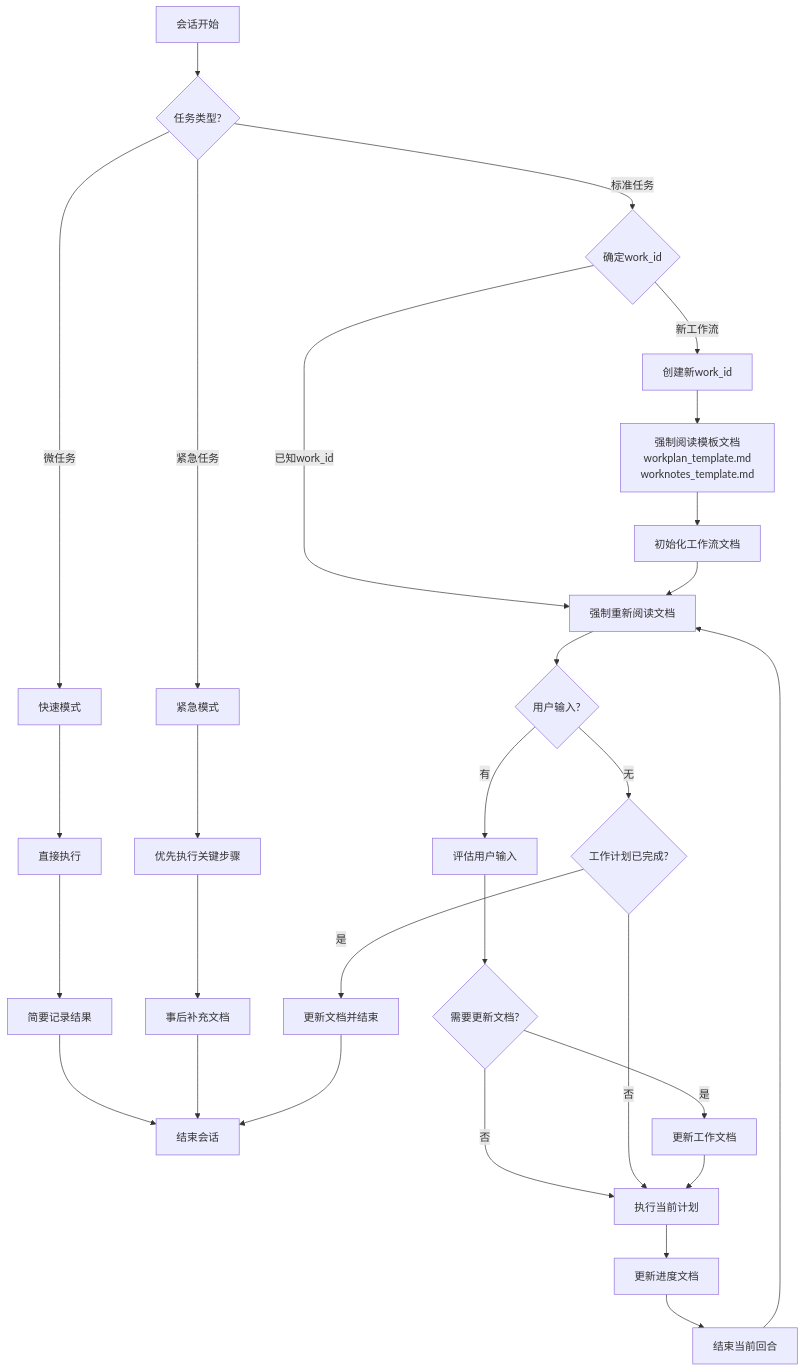
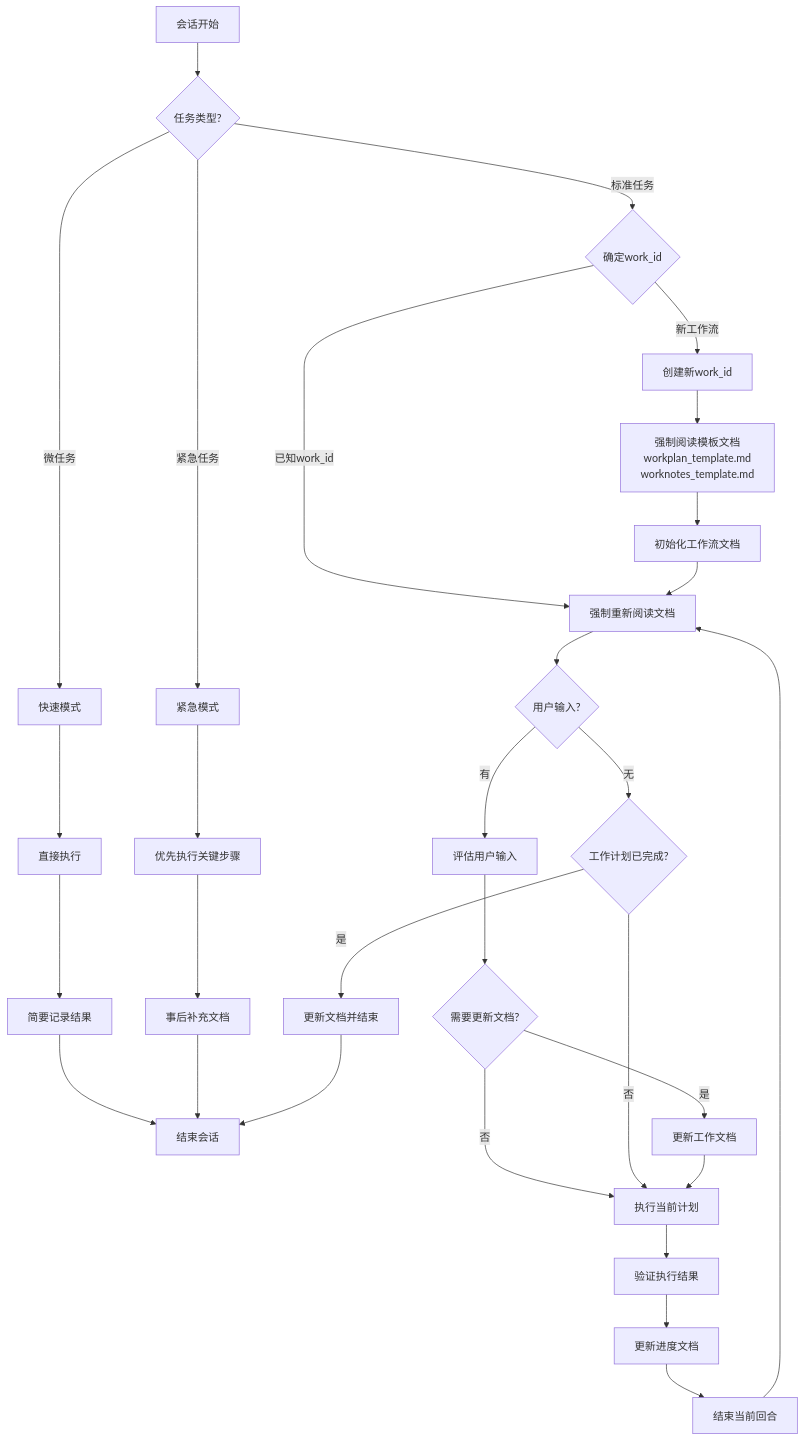
Before and after one commit to wanjochan/self-evolve-ai: the diagram in docs/workflow.md, drawn with Mermaid. The commit also changed other lines of this file and 311 other files, not shown here.

````diff
--- a/docs/workflow.md
+++ b/docs/workflow.md
@@ -7,39 +7,40 @@
 ```mermaid
 flowchart TD
     Start[会话开始] --> TaskType{任务类型?}
     TaskType -->|标准任务| CheckWorkId{确定work_id}
     TaskType -->|微任务| QuickMode[快速模式]
     TaskType -->|紧急任务| UrgentMode[紧急模式]
     
     QuickMode --> SimpleExecute[直接执行]
     SimpleExecute --> QuickLog[简要记录结果]
     QuickLog --> End[结束会话]
     
     UrgentMode --> UrgentExecute[优先执行关键步骤]
     UrgentExecute --> PostActionDoc[事后补充文档]
     PostActionDoc --> End
     
     CheckWorkId --> |已知work_id| ReadDocs[强制重新阅读文档]
     CheckWorkId --> |新工作流| CreateWorkId[创建新work_id]
     CreateWorkId --> ReadTemplates[强制阅读模板文档<br/>workplan_template.md<br/>worknotes_template.md]
     ReadTemplates --> InitDocs[初始化工作流文档]
     InitDocs --> ReadDocs
     
     ReadDocs --> CheckInput{用户输入?}
     
     CheckInput -->|有| EvaluateInput[评估用户输入]
     EvaluateInput --> UpdateNeeded{需要更新文档?}
     UpdateNeeded -->|是| UpdateDocs[更新工作文档]
     UpdateNeeded -->|否| ExecutePlan[执行当前计划]
     
     CheckInput -->|无| CheckCompletion{工作计划已完成?}
     CheckCompletion -->|是| FinalUpdate[更新文档并结束]
     CheckCompletion -->|否| ExecutePlan[执行当前计划]
     
     UpdateDocs --> ExecutePlan
-    ExecutePlan --> UpdateProgress[更新进度文档]
+    ExecutePlan --> VerifyExecution[验证执行结果]
+    VerifyExecution --> UpdateProgress[更新进度文档]
     UpdateProgress --> NextCycle[结束当前回合]
     NextCycle --> ReadDocs
     
     FinalUpdate --> End
 ```
````
